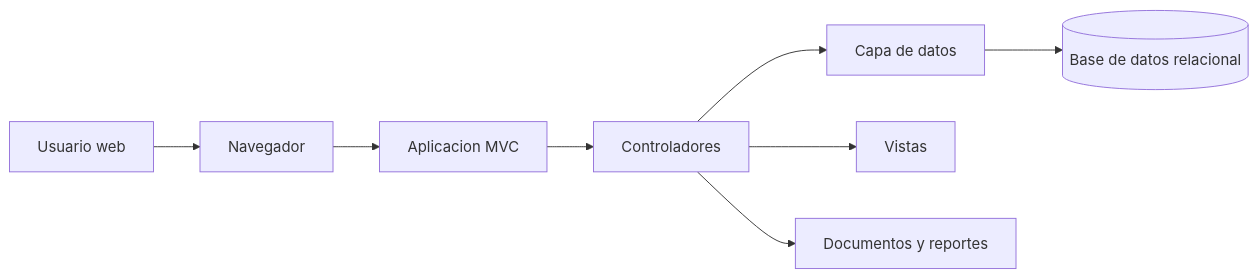
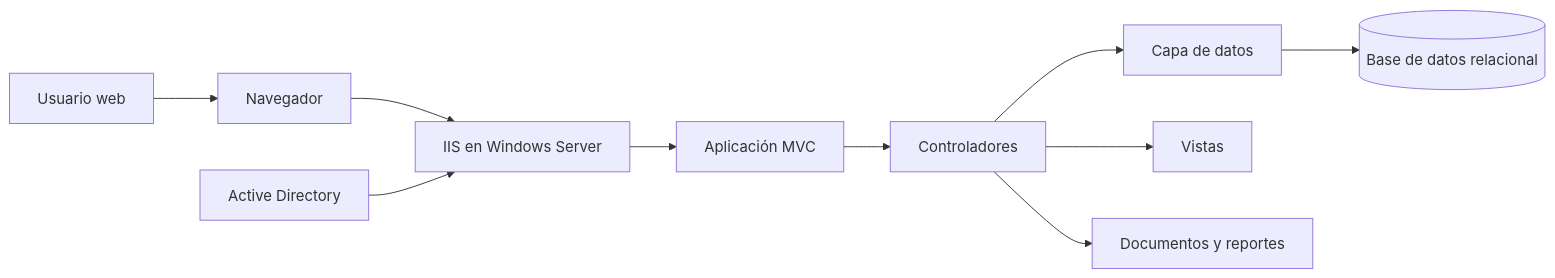
One commit to Ricardo-NM/totis-gdb-docs changed the first of 2 diagrams in docs/arquitectura.md. Above: the diagram before and after it, drawn with Mermaid. The commit also changed other lines of this file and 10 other files, not shown here.

````diff
--- a/docs/arquitectura.md
+++ b/docs/arquitectura.md
@@ -7,10 +7,12 @@
 ```mermaid
 flowchart LR
     U[Usuario web] --> B[Navegador]
-    B --> M[Aplicacion MVC]
+    B --> IIS[IIS en Windows Server]
+    IIS --> M[Aplicación MVC]
+    AD[Active Directory] --> IIS
     M --> C[Controladores]
     C --> D[Capa de datos]
     D --> DB[(Base de datos relacional)]
     C --> V[Vistas]
     C --> DOC[Documentos y reportes]
 ```
````
